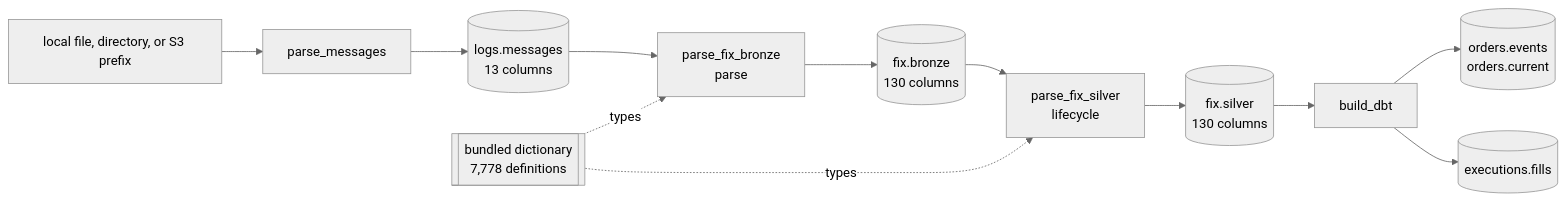
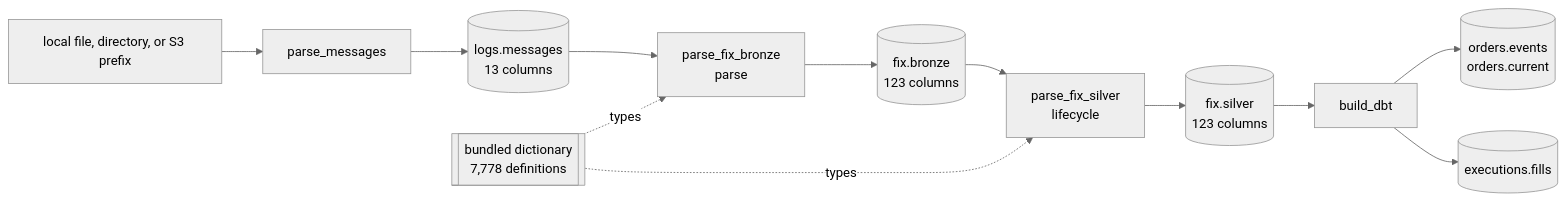
One commit to Platob/yggfin changed the diagram in docs/pipeline/index.md. Above: the diagram before and after it, drawn with Mermaid (neutral theme). The commit also changed other lines of this file and 52 other files, not shown here.

````diff
--- a/docs/pipeline/index.md
+++ b/docs/pipeline/index.md
@@ -6,14 +6,14 @@
 ```mermaid
 flowchart LR
     U["local file, directory, or S3 prefix"] --> T["parse_messages"]
     T --> M[("logs.messages<br/>13 columns")]
     M --> F["parse_fix_bronze<br/>parse"]
     R[["bundled dictionary<br/>7,778 definitions"]] -.types.-> F
-    F --> X[("fix.bronze<br/>130 columns")]
+    F --> X[("fix.bronze<br/>123 columns")]
     X --> L["parse_fix_silver<br/>lifecycle"]
     R -.types.-> L
-    L --> S[("fix.silver<br/>130 columns")]
+    L --> S[("fix.silver<br/>123 columns")]
     S --> B["build_dbt"]
     B --> O[("orders.events<br/>orders.current")]
     B --> C[("executions.fills")]
 ```
````
